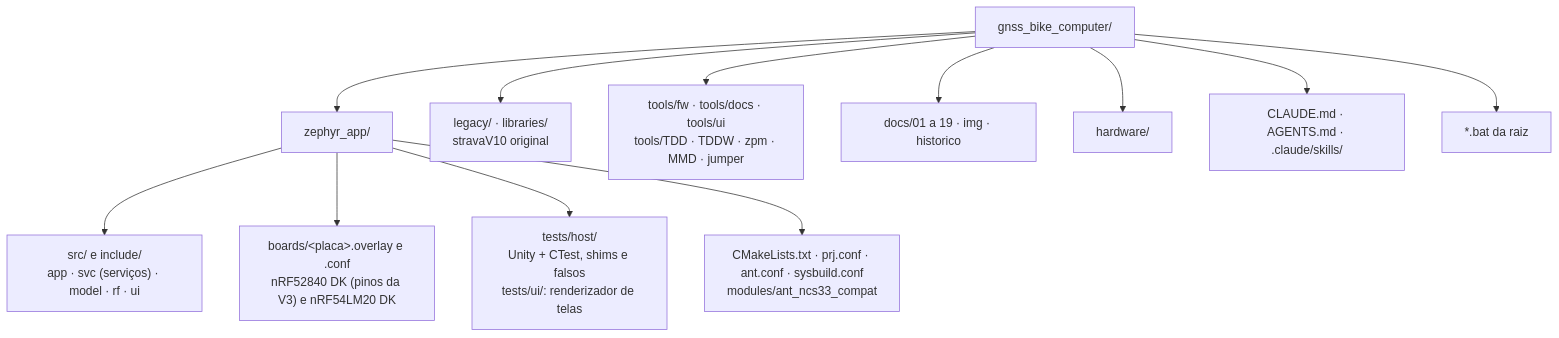
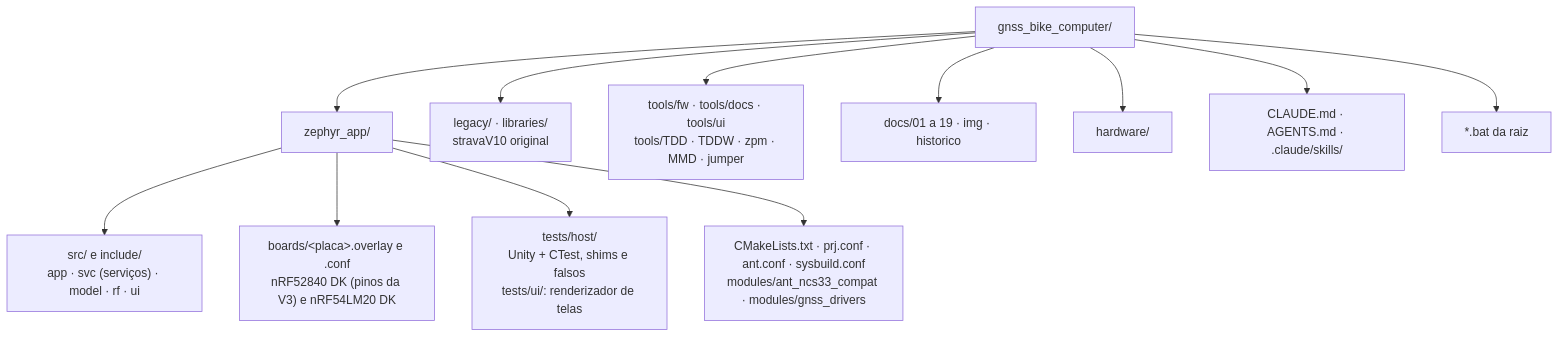
One commit to Guiimartinho/gnss-bike-computer changed the first of 2 diagrams in CLAUDE.md. Above: the diagram before and after it, drawn with Mermaid. The commit also changed other lines of this file, not shown here.

First line of the commit message:
docs(repo): drop the duplicated screen command and update the roadmap

````diff
--- a/CLAUDE.md
+++ b/CLAUDE.md
@@ -58,15 +58,15 @@
 ```mermaid
 flowchart TB
     ROOT["gnss_bike_computer/"]
     ROOT --> ZA["zephyr_app/"]
     ZA --> ZS["src/ e include/<br/>app · svc (serviços) · model · rf · ui"]
     ZA --> ZB["boards/&lt;placa&gt;.overlay e .conf<br/>nRF52840 DK (pinos da V3) e nRF54LM20 DK"]
     ZA --> ZT["tests/host/<br/>Unity + CTest, shims e falsos<br/>tests/ui/: renderizador de telas"]
-    ZA --> ZC["CMakeLists.txt · prj.conf · ant.conf · sysbuild.conf<br/>modules/ant_ncs33_compat"]
+    ZA --> ZC["CMakeLists.txt · prj.conf · ant.conf · sysbuild.conf<br/>modules/ant_ncs33_compat · modules/gnss_drivers"]
     ROOT --> LEG["legacy/ · libraries/<br/>stravaV10 original"]
     ROOT --> TOOLS["tools/fw · tools/docs · tools/ui<br/>tools/TDD · TDDW · zpm · MMD · jumper"]
     ROOT --> DOCS["docs/01 a 19 · img · historico"]
     ROOT --> HW["hardware/"]
     ROOT --> AI["CLAUDE.md · AGENTS.md · .claude/skills/"]
     ROOT --> BAT["*.bat da raiz"]
 ```
````
